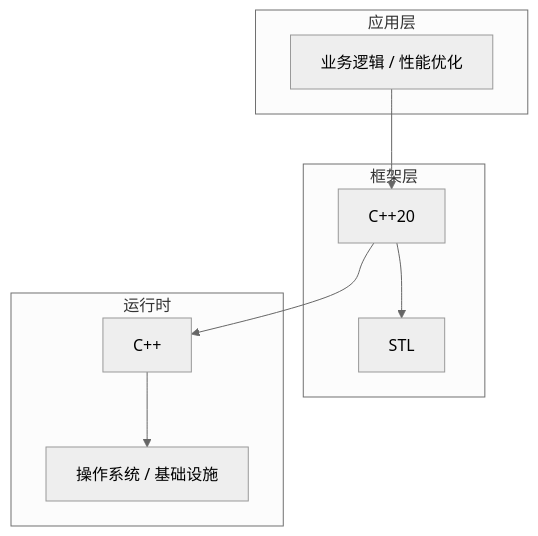
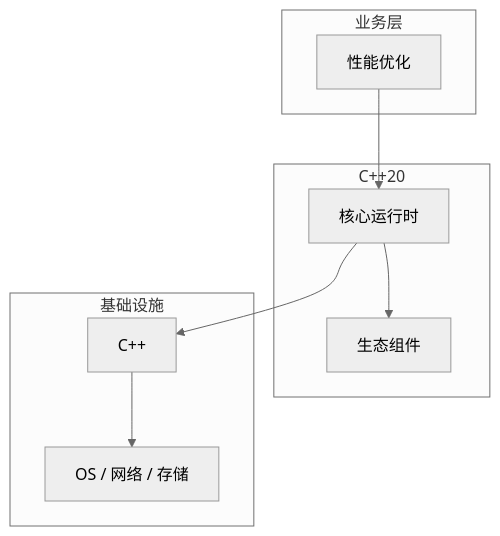
The diagram in articles/C++/chapters/188-性能优化核心概念与原理.md (yanggan2015/knowledge-json-v2), drawn with Mermaid (neutral theme) before and after one commit. The commit also changed other lines of this file and 10127 other files, not shown here.

````diff
--- a/articles/C++/chapters/188-性能优化核心概念与原理.md
+++ b/articles/C++/chapters/188-性能优化核心概念与原理.md
@@ -45,18 +34,18 @@
 ```mermaid
 graph TB
-    subgraph 应用层
-        A[业务逻辑 / 性能优化]
+    subgraph 业务层
+        A[性能优化]
     end
-    subgraph 框架层
-        B[C++20]
-        C[STL]
+    subgraph C++20
+        B[核心运行时]
+        C[生态组件]
     end
-    subgraph 运行时
+    subgraph 基础设施
         D[C++]
-        E[操作系统 / 基础设施]
+        E[OS / 网络 / 存储]
     end
     A --> B
     B --> C
     B --> D
     D --> E
 ```
````
